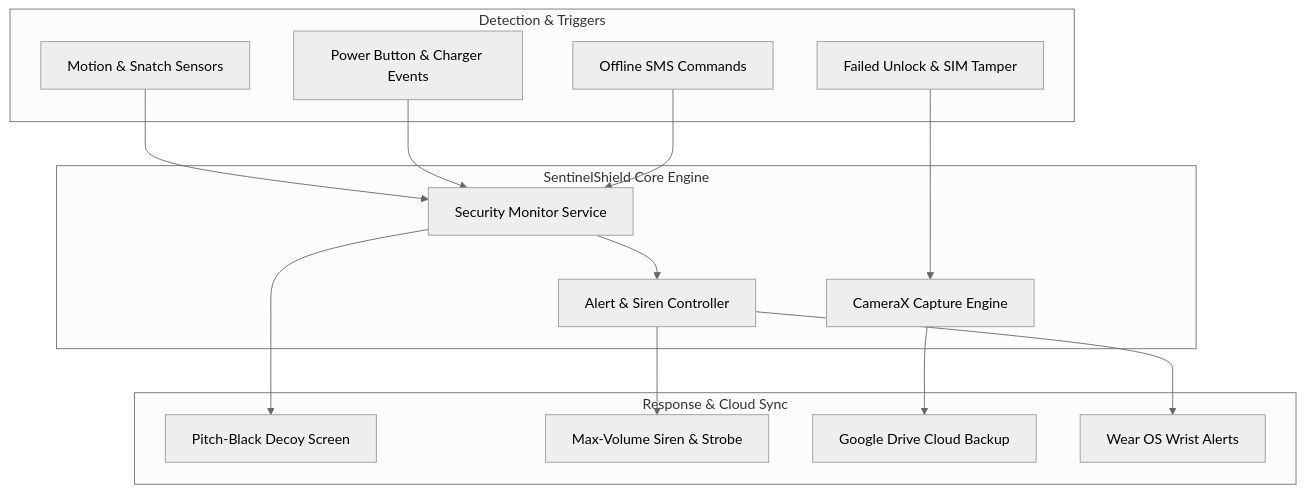
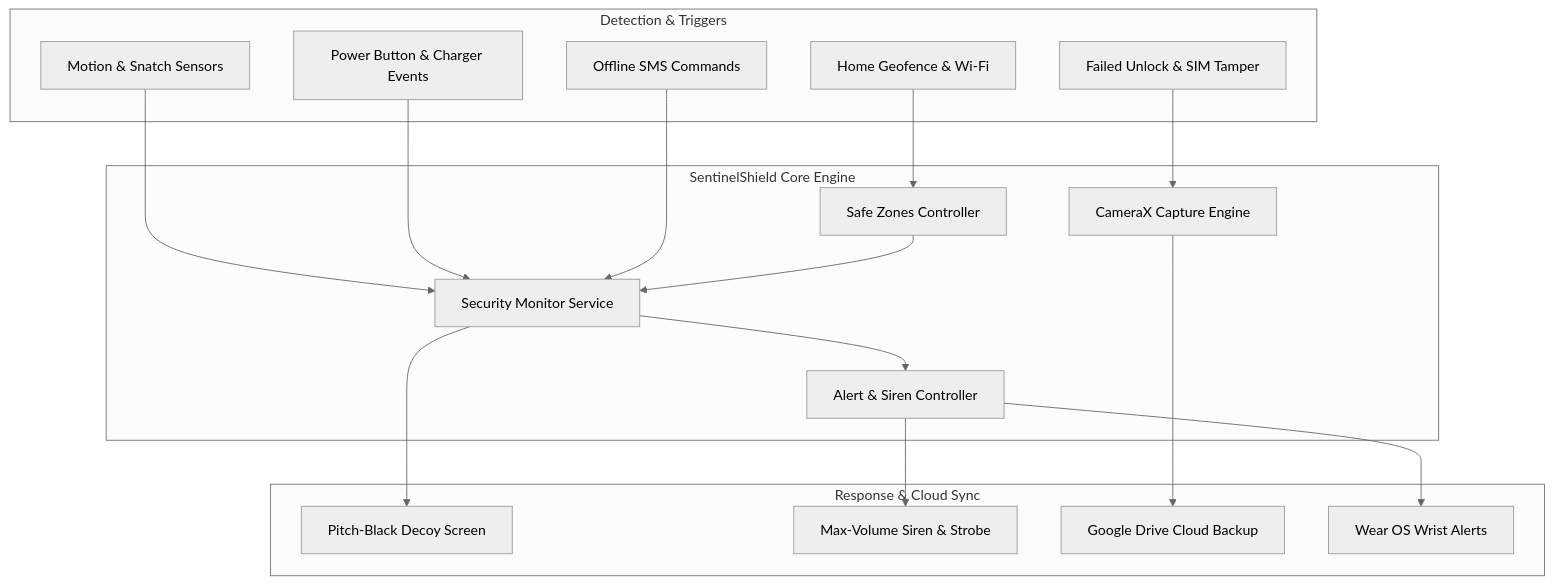
One commit to Shivaschauhan/SentinelShield changed the diagram in README.md. Above: the diagram before and after it, drawn with Mermaid (neutral theme). The commit also changed other lines of this file and 47 other files, not shown here.

First line of the commit message:
feat: add Safe Zones location and Wi-Fi protection automation

````diff
--- a/README.md
+++ b/README.md
@@ -75,32 +83,36 @@
 ```mermaid
 flowchart TD
     subgraph Triggers ["Detection & Triggers"]
         T1["Motion & Snatch Sensors"]
         T2["Power Button & Charger Events"]
         T3["Failed Unlock & SIM Tamper"]
         T4["Offline SMS Commands"]
+        T5["Home Geofence & Wi-Fi"]
     end
 
     subgraph Core ["SentinelShield Core Engine"]
         S1["Security Monitor Service"]
         S2["Alert & Siren Controller"]
         S3["CameraX Capture Engine"]
+        S4["Safe Zones Controller"]
     end
 
     subgraph Actions ["Response & Cloud Sync"]
         R1["Pitch-Black Decoy Screen"]
         R2["Max-Volume Siren & Strobe"]
         R3["Google Drive Cloud Backup"]
         R4["Wear OS Wrist Alerts"]
     end
 
     T1 --> S1
     T2 --> S1
     T4 --> S1
+    T5 --> S4
+    S4 --> S1
     T3 --> S3
     S1 --> S2
     S1 --> R1
     S2 --> R2
     S2 --> R4
     S3 --> R3
 ```
````
